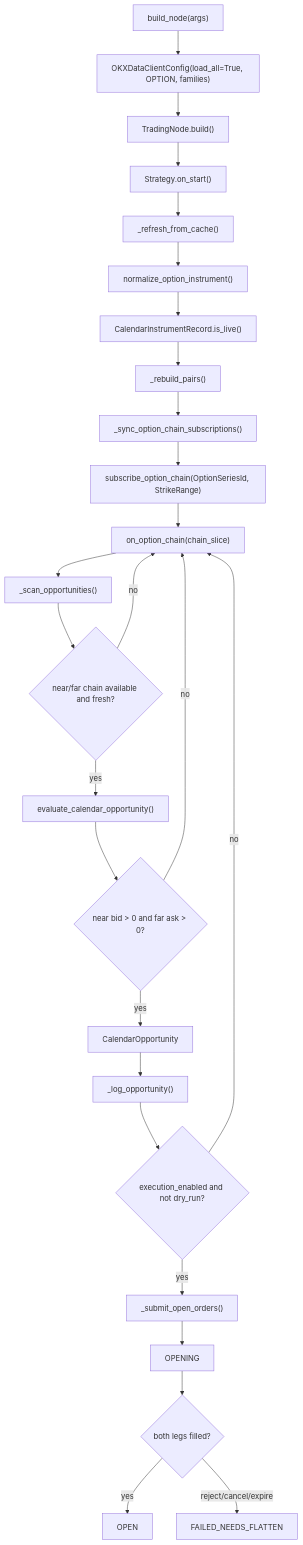
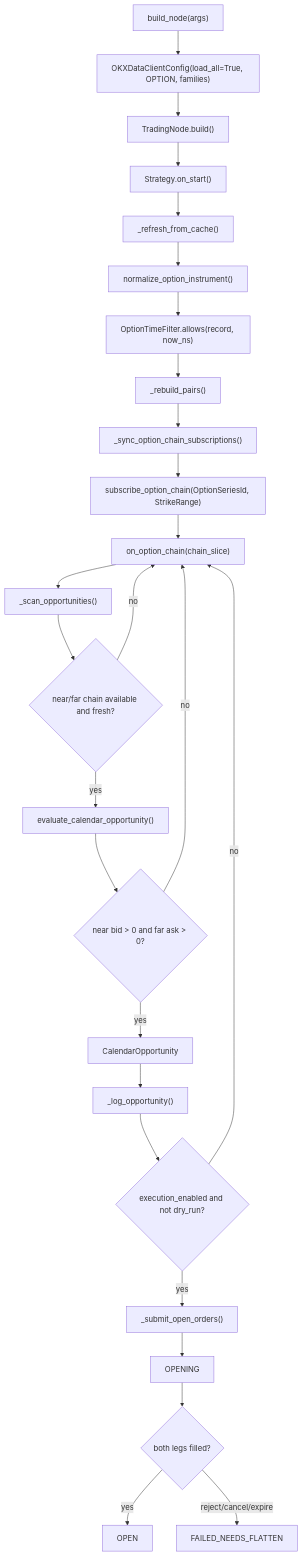
Before and after one commit to Jonah-Chan/nautilus_trader: the second of 2 diagrams in examples/live/okx/okx_option_calendar_spread_dynamic.md, drawn with Mermaid. The commit also changed other lines of this file and 2 other files, not shown here.

Commit message:
Refactor OKX option example core records

````diff
--- a/examples/live/okx/okx_option_calendar_spread_dynamic.md
+++ b/examples/live/okx/okx_option_calendar_spread_dynamic.md
@@ -526,28 +533,28 @@
 ```mermaid
 flowchart TD
     A["build_node(args)"] --> B["OKXDataClientConfig(load_all=True, OPTION, families)"]
     B --> C["TradingNode.build()"]
     C --> D["Strategy.on_start()"]
     D --> E["_refresh_from_cache()"]
     E --> F["normalize_option_instrument()"]
-    F --> G["CalendarInstrumentRecord.is_live()"]
+    F --> G["OptionTimeFilter.allows(record, now_ns)"]
     G --> H["_rebuild_pairs()"]
     H --> I["_sync_option_chain_subscriptions()"]
     I --> J["subscribe_option_chain(OptionSeriesId, StrikeRange)"]
     J --> K["on_option_chain(chain_slice)"]
     K --> L["_scan_opportunities()"]
     L --> M{"near/far chain available and fresh?"}
     M -- "no" --> K
     M -- "yes" --> N["evaluate_calendar_opportunity()"]
     N --> O{"near bid > 0 and far ask > 0?"}
     O -- "no" --> K
     O -- "yes" --> P["CalendarOpportunity"]
     P --> Q["_log_opportunity()"]
     Q --> R{"execution_enabled and not dry_run?"}
     R -- "no" --> K
     R -- "yes" --> S["_submit_open_orders()"]
     S --> T["OPENING"]
     T --> U{"both legs filled?"}
     U -- "yes" --> V["OPEN"]
     U -- "reject/cancel/expire" --> W["FAILED_NEEDS_FLATTEN"]
 ```
````
